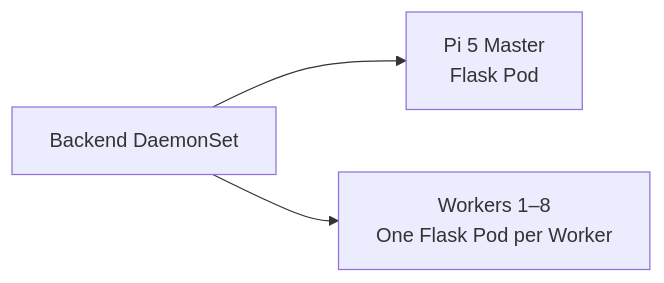
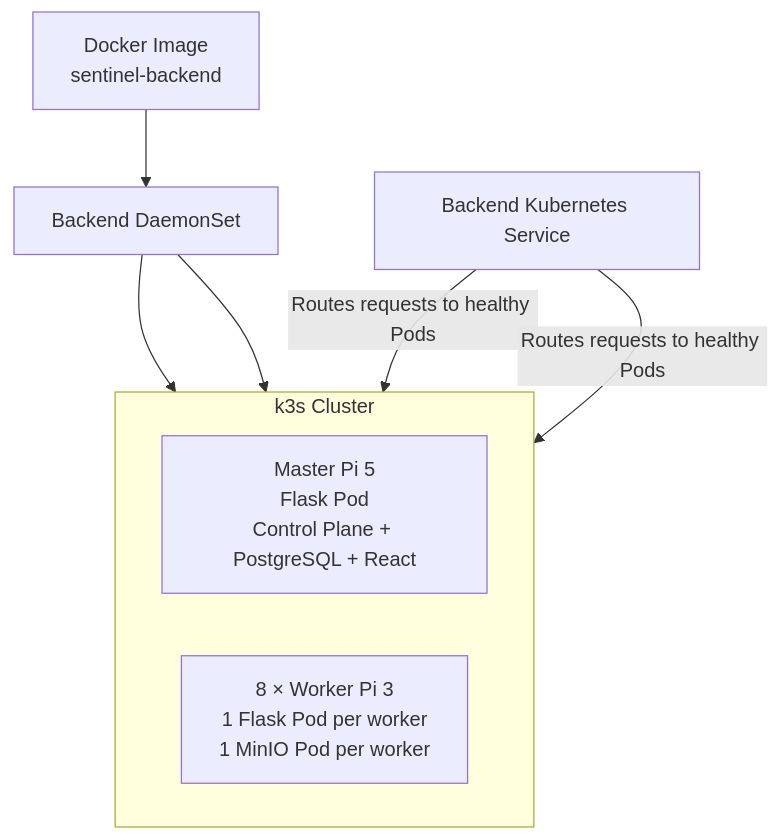
The fifth of 6 diagrams in task7-backend-documentation.md (azazmuzaffar/Newlauncher-5.0), drawn with Mermaid before and after one commit. The commit also changed other lines of this file, not shown here.

````diff
--- a/task7-backend-documentation.md
+++ b/task7-backend-documentation.md
@@ -230,5 +305,16 @@
 ```mermaid
-flowchart LR
-    A[Backend DaemonSet] --> B[Pi 5 Master<br/>Flask Pod]
-    A --> C[Workers 1–8<br/>One Flask Pod per Worker]
+flowchart TB
+    A[Docker Image<br/>sentinel-backend] --> B[Backend DaemonSet]
+
+    subgraph K[k3s Cluster]
+        direction LR
+        M[Master Pi 5<br/>Flask Pod<br/>Control Plane + PostgreSQL + React]
+        W[8 × Worker Pi 3<br/>1 Flask Pod per worker<br/>1 MinIO Pod per worker]
+    end
+
+    B --> M
+    B --> W
+
+    S[Backend Kubernetes Service] -->|Routes requests to healthy Pods| M
+    S -->|Routes requests to healthy Pods| W
 ```
````
